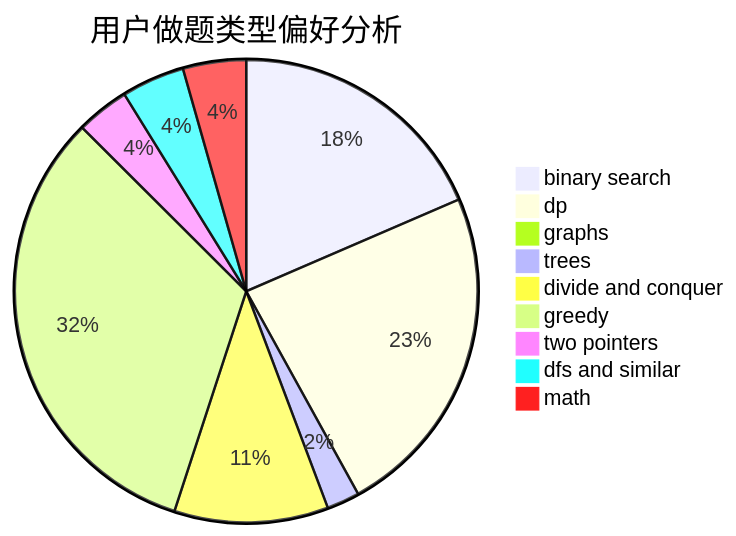
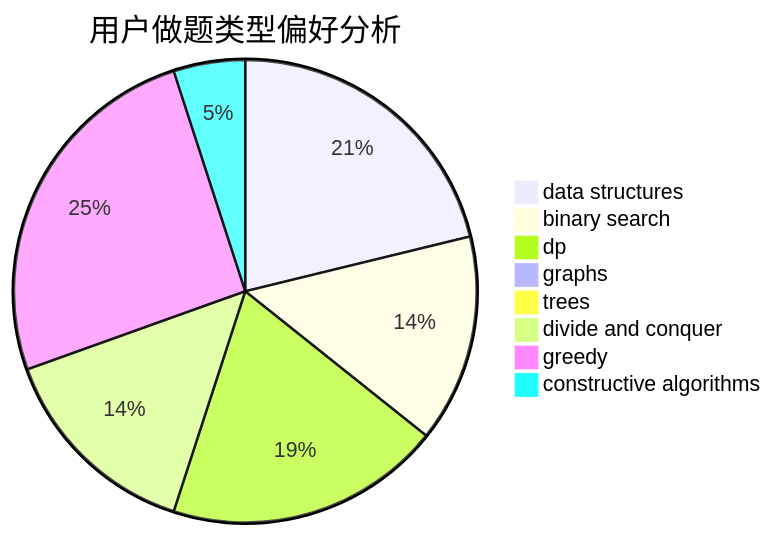
The second of 3 diagrams in docs/user/u1892.md (sherpahu/cfrs.github.io), drawn with Mermaid before and after one commit. The commit also changed other lines of this file and 2775 other files, not shown here.

````diff
--- a/docs/user/u1892.md
+++ b/docs/user/u1892.md
@@ -23,12 +23,11 @@
 ```mermaid
 pie title 用户做题类型偏好分析
-    "binary search" :  105
-    "dp" :  133
+    "data structures" :  89
+    "binary search" :  61
+    "dp" :  81
     "graphs" :  4
-    "trees" :  13
+    "trees" :  4
     "divide and conquer" :  61
-    "greedy" :  184
-    "two pointers" :  21
-    "dfs and similar" :  25
-    "math" :  25
+    "greedy" :  107
+    "constructive algorithms" :  21
 ```
````
